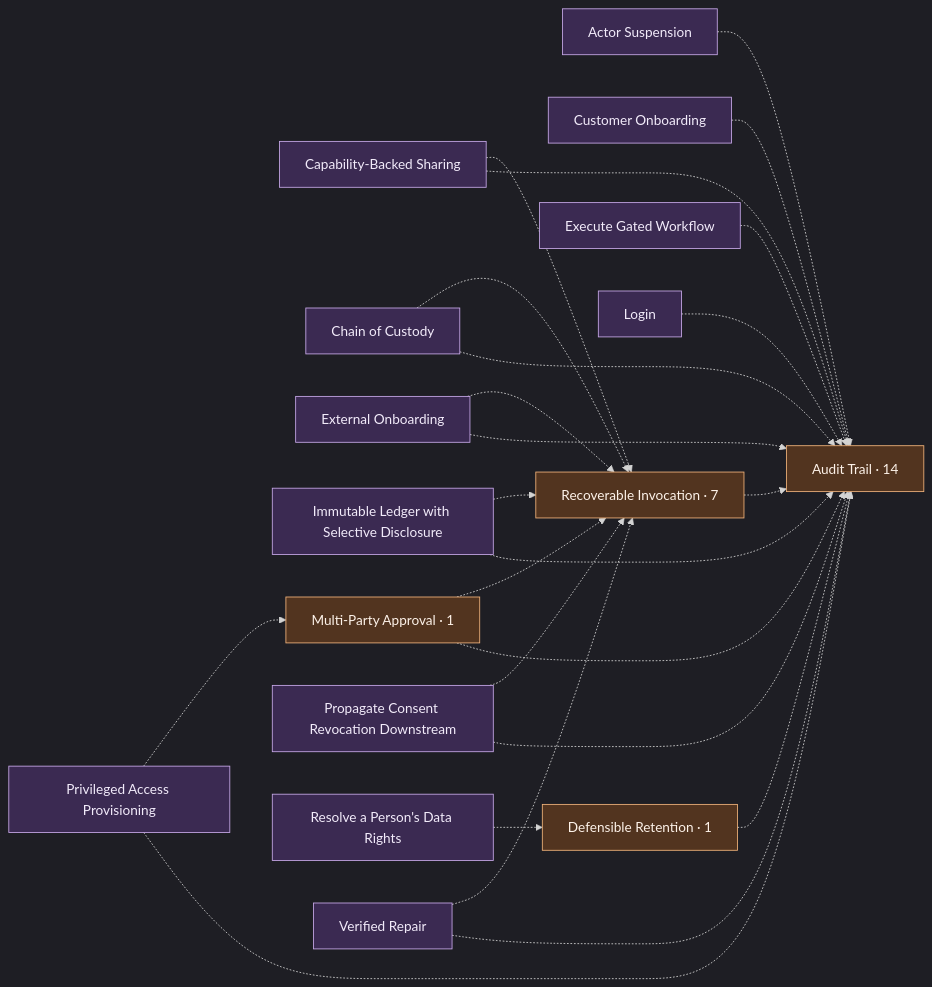
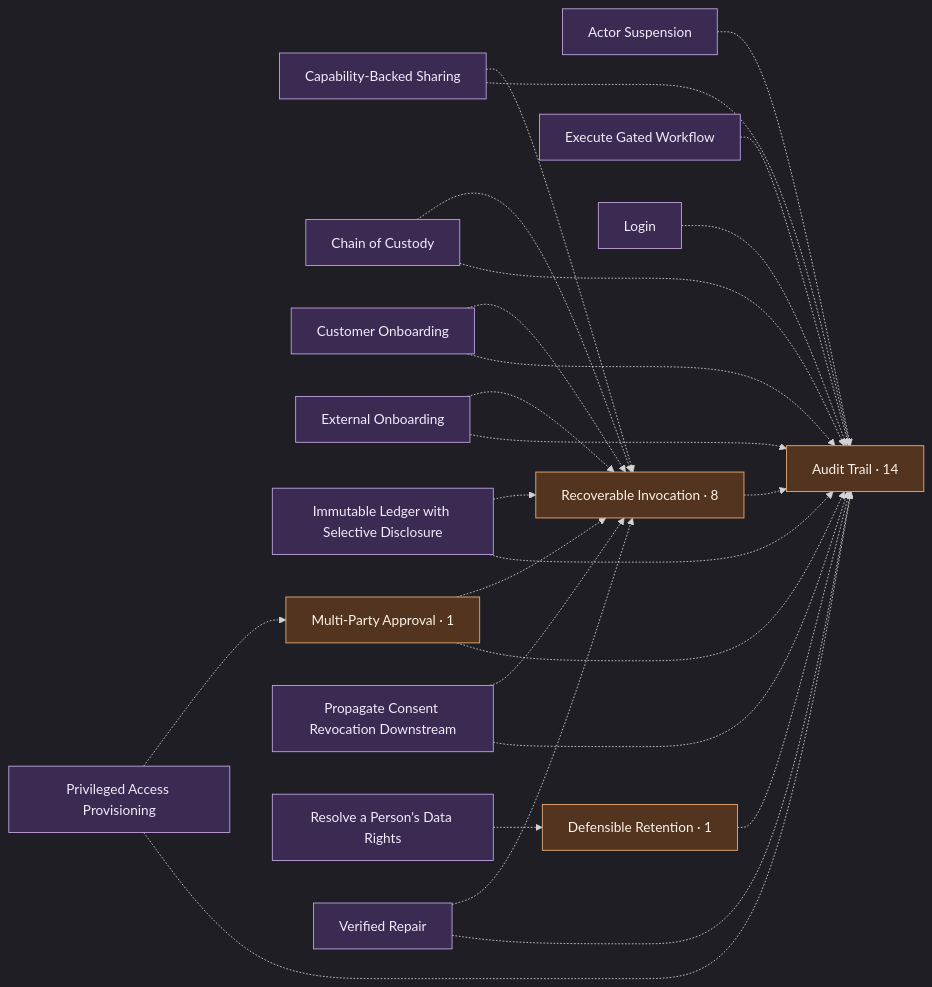
One commit to scottromack/grace-commons changed the first of 2 diagrams in graph.md. Above: the diagram before and after it, drawn with Mermaid. The commit also changed other lines of this file and 44 other files, not shown here.

````diff
--- a/graph.md
+++ b/graph.md
@@ -78,47 +78,48 @@
 ```mermaid
 %%{init: {"theme": "dark", "flowchart": {"htmlLabels": true}} }%%
 flowchart LR
   actor_suspension["Actor Suspension"]
   audit_trail["Audit Trail · 14"]
   capability_backed_sharing["Capability-Backed Sharing"]
   chain_of_custody["Chain of Custody"]
   customer_onboarding["Customer Onboarding"]
   defensible_retention["Defensible Retention · 1"]
   execute_gated_workflow["Execute Gated Workflow"]
   external_onboarding["External Onboarding"]
   immutable_ledger["Immutable Ledger with Selective Disclosure"]
   login["Login"]
   multi_party_approval["Multi-Party Approval · 1"]
   privileged_access_provisioning["Privileged Access Provisioning"]
   propagate_consent_revocation_downstream["Propagate Consent Revocation Downstream"]
-  recoverable_invocation["Recoverable Invocation · 7"]
+  recoverable_invocation["Recoverable Invocation · 8"]
   resolve_a_persons_data_rights["Resolve a Person's Data Rights"]
   verified_repair["Verified Repair"]
   actor_suspension -.-> audit_trail
   capability_backed_sharing -.-> audit_trail
   capability_backed_sharing -.-> recoverable_invocation
   chain_of_custody -.-> audit_trail
   chain_of_custody -.-> recoverable_invocation
   customer_onboarding -.-> audit_trail
+  customer_onboarding -.-> recoverable_invocation
   defensible_retention -.-> audit_trail
   execute_gated_workflow -.-> audit_trail
   external_onboarding -.-> audit_trail
   external_onboarding -.-> recoverable_invocation
   immutable_ledger -.-> audit_trail
   immutable_ledger -.-> recoverable_invocation
   login -.-> audit_trail
   multi_party_approval -.-> audit_trail
   multi_party_approval -.-> recoverable_invocation
   privileged_access_provisioning -.-> audit_trail
   privileged_access_provisioning -.-> multi_party_approval
   propagate_consent_revocation_downstream -.-> audit_trail
   propagate_consent_revocation_downstream -.-> recoverable_invocation
   recoverable_invocation -.-> audit_trail
   resolve_a_persons_data_rights -.-> defensible_retention
   verified_repair -.-> audit_trail
   verified_repair -.-> recoverable_invocation
   classDef comp fill:#3b2a52,stroke:#c7a8e8,color:#f2ebfa;
   classDef spine fill:#52341f,stroke:#f0b27a,color:#fdf2e9;
   class actor_suspension,audit_trail,capability_backed_sharing,chain_of_custody,customer_onboarding,defensible_retention,execute_gated_workflow,external_onboarding,immutable_ledger,login,multi_party_approval,privileged_access_provisioning,propagate_consent_revocation_downstream,recoverable_invocation,resolve_a_persons_data_rights,verified_repair comp;
   class audit_trail,defensible_retention,multi_party_approval,recoverable_invocation spine;
 ```
````
